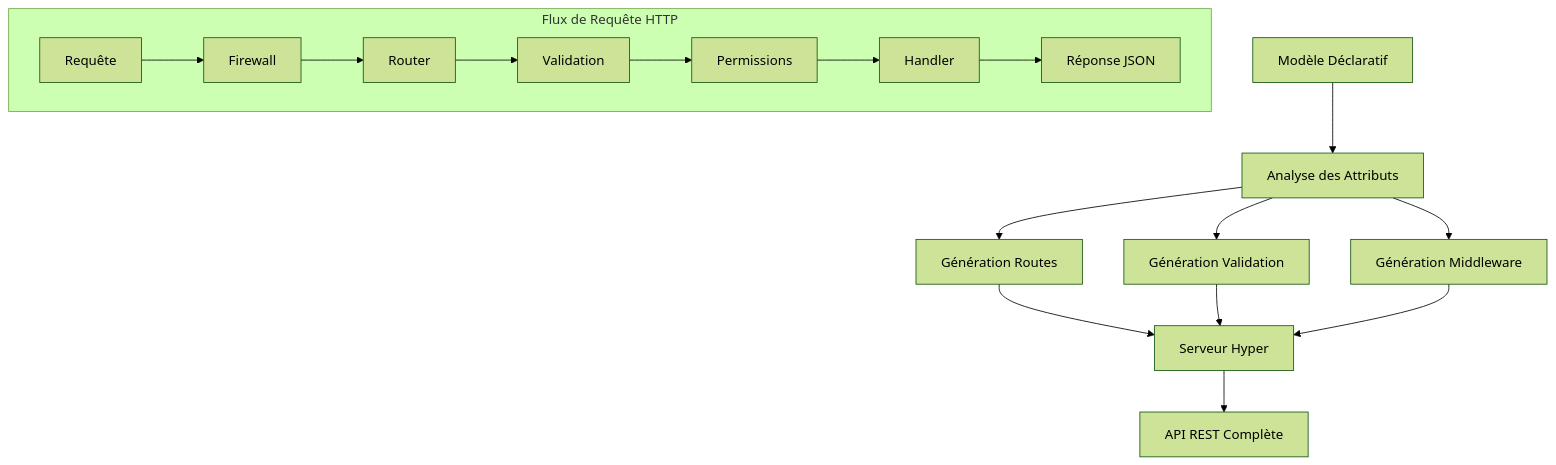
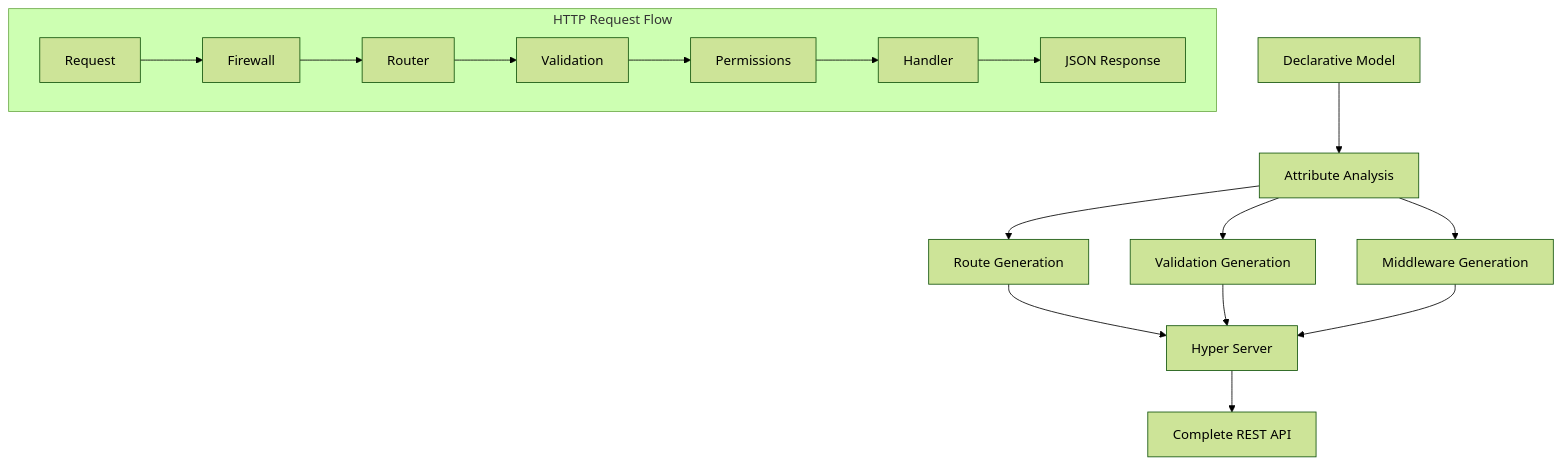
One commit to lithair/lithair changed the first of 3 diagrams in docs/modules/http-server/README.md. Above: the diagram before and after it, drawn with Mermaid (forest theme). The commit also changed other lines of this file and 84 other files, not shown here.

````diff
--- a/docs/modules/http-server/README.md
+++ b/docs/modules/http-server/README.md
@@ -9,22 +9,22 @@
 ```mermaid
 flowchart TD
-    A[Modèle Déclaratif] --> B[Analyse des Attributs]
-    B --> C[Génération Routes]
-    B --> D[Génération Validation]
-    B --> E[Génération Middleware]
-    
-    C --> F[Serveur Hyper]
+    A[Declarative Model] --> B[Attribute Analysis]
+    B --> C[Route Generation]
+    B --> D[Validation Generation]
+    B --> E[Middleware Generation]
+
+    C --> F[Hyper Server]
     D --> F
     E --> F
-    
-    F --> G[API REST Complète]
-    
-    subgraph "Flux de Requête HTTP"
-        H[Requête] --> I[Firewall]
+
+    F --> G[Complete REST API]
+
+    subgraph "HTTP Request Flow"
+        H[Request] --> I[Firewall]
         I --> J[Router]
         J --> K[Validation]
         K --> L[Permissions]
         L --> M[Handler]
-        M --> N[Réponse JSON]
+        M --> N[JSON Response]
     end
 ```
````
